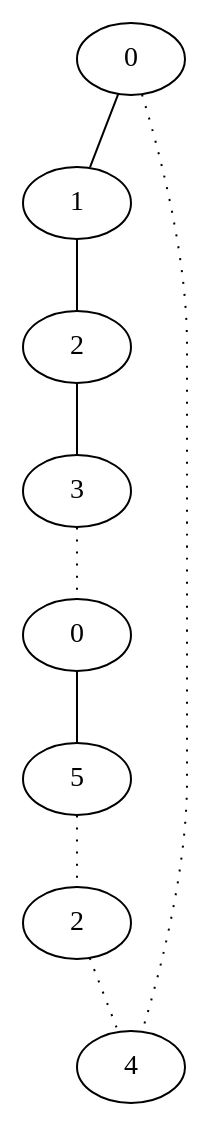
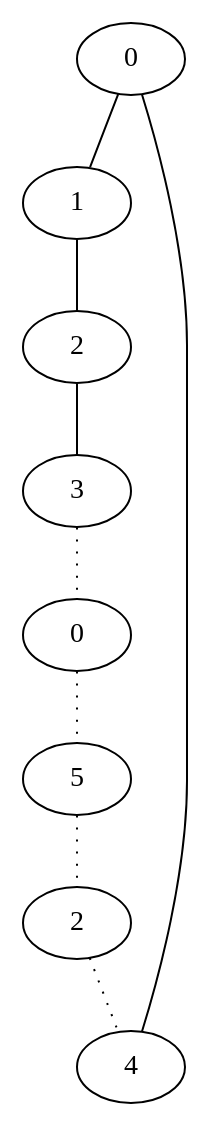
One commit to d1laj/Stage-M2 changed the diagram in TestPathsfactorised/result/dot/cycle_8_6_tc.dot. Above: the diagram before and after it, drawn with Graphviz. The commit also changed 4248 other files, not shown here.

```diff
--- a/TestPathsfactorised/result/dot/cycle_8_6_tc.dot
+++ b/TestPathsfactorised/result/dot/cycle_8_6_tc.dot
@@ -1,18 +1,18 @@
 graph {
 a0[label=0];
 a1[label=1];
 a2[label=2];
 a3[label=3];
 a4[label=0];
 a5[label=5];
 a6[label=2];
 a7[label=4];
 a0 -- a1;
-a0 -- a7 [style=dotted];
+a0 -- a7;
 a1 -- a2;
 a2 -- a3;
 a3 -- a4 [style=dotted];
-a4 -- a5;
+a4 -- a5 [style=dotted];
 a5 -- a6 [style=dotted];
 a6 -- a7 [style=dotted];
 }
```
